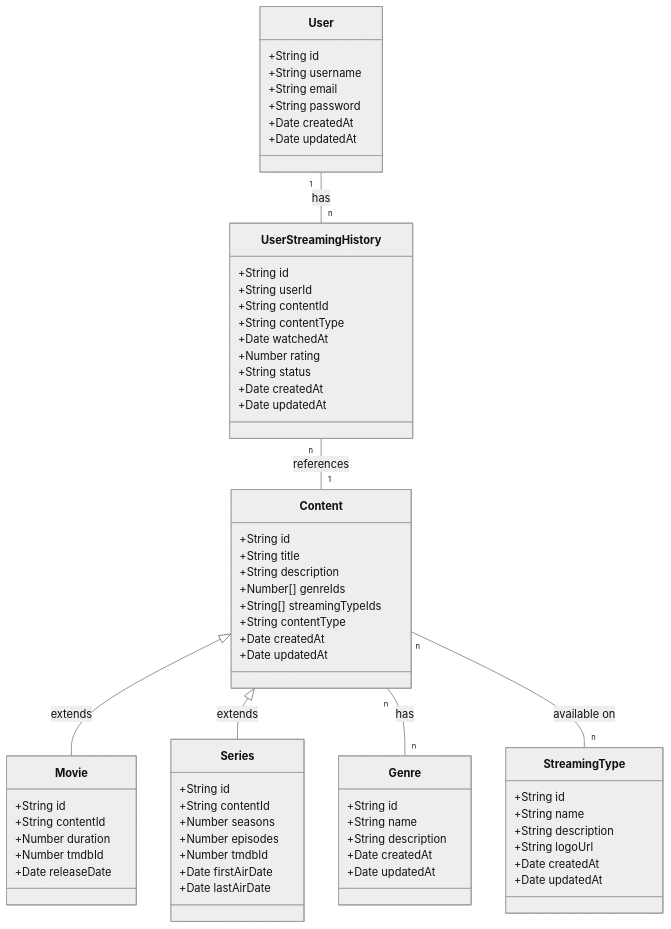
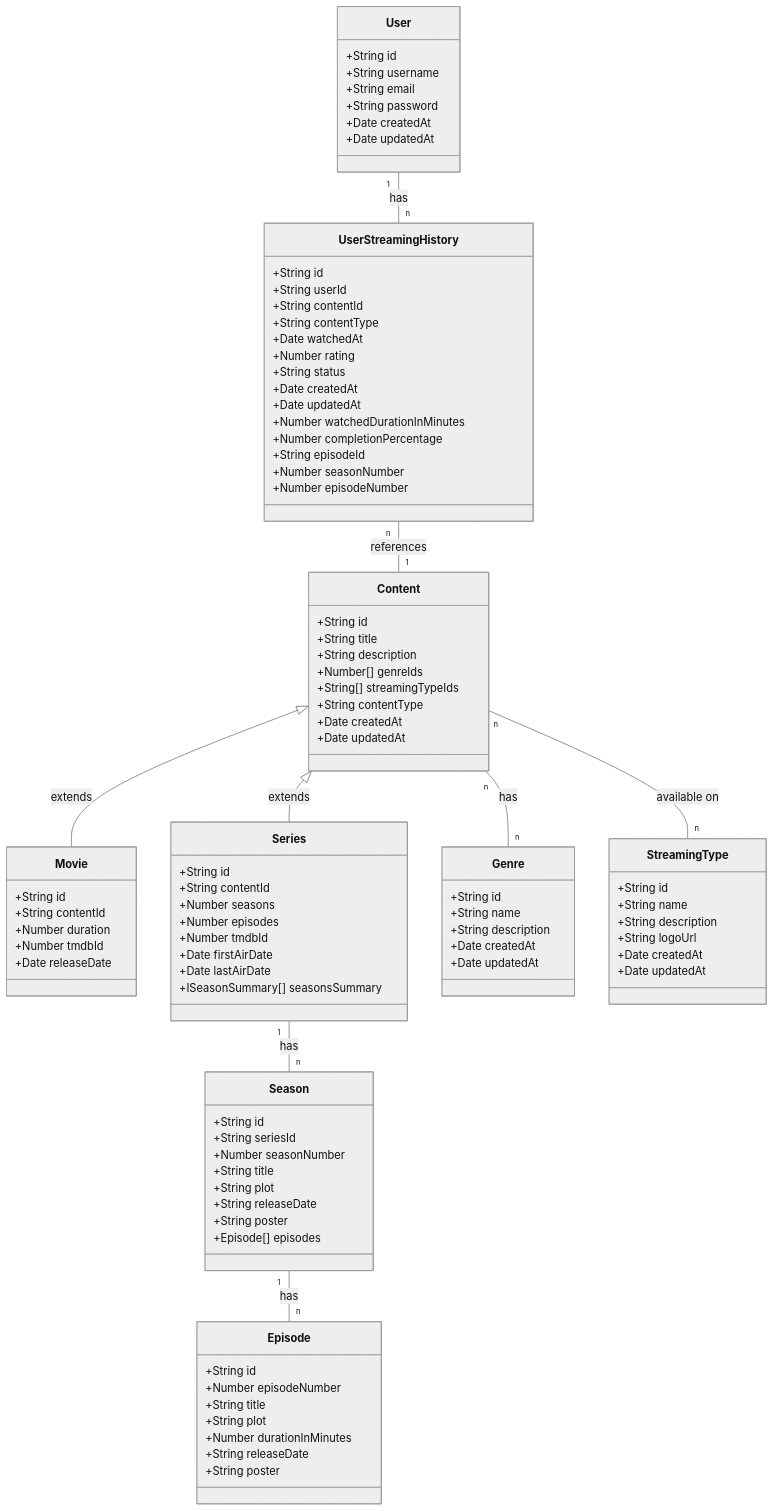
The second of 3 diagrams in ARCHITECTURE.md (Matheussop/my-streaming-time-api), drawn with Mermaid (neutral theme) before and after one commit. The commit also changed 1 other file, not shown here.

Commit message:
docs: update documentation with season and episode features
- Update class diagram in ARCHITECTURE.md to include Season and Episode models

- Update CHANGELOG.md with latest changes related to:
  - Episode tracking in streaming history
  - Season and episode management
  - Validation and performance improvements
  - Episode-related bug fixes

````diff
--- a/ARCHITECTURE.md
+++ b/ARCHITECTURE.md
@@ -377,6 +377,11 @@
         +String status
         +Date createdAt
         +Date updatedAt
+        +Number watchedDurationInMinutes
+        +Number completionPercentage
+        +String episodeId
+        +Number seasonNumber
+        +Number episodeNumber
     }
     
     class Content {
@@ -406,6 +411,28 @@
         +Number tmdbId
         +Date firstAirDate
         +Date lastAirDate
+        +ISeasonSummary[] seasonsSummary
+    }
+    
+    class Season {
+        +String id
+        +String seriesId
+        +Number seasonNumber
+        +String title
+        +String plot
+        +String releaseDate
+        +String poster
+        +Episode[] episodes
+    }
+    
+    class Episode {
+        +String id
+        +Number episodeNumber
+        +String title
+        +String plot
+        +Number durationInMinutes
+        +String releaseDate
+        +String poster
     }
     
     class Genre {
@@ -429,6 +456,8 @@
     UserStreamingHistory "n" -- "1" Content : references
     Content <|-- Movie : extends
     Content <|-- Series : extends
+    Series "1" -- "n" Season : has
+    Season "1" -- "n" Episode : has
     Content "n" -- "n" Genre : has
     Content "n" -- "n" StreamingType : available on
 ```
````
